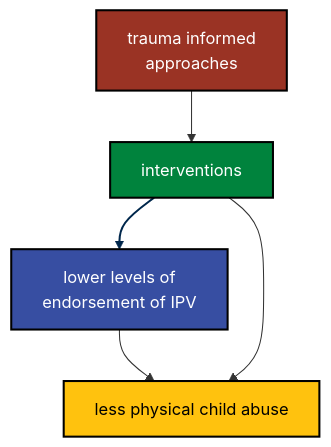
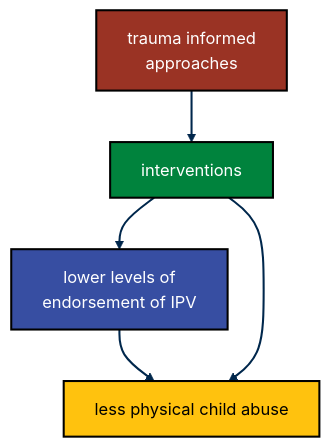
One commit to agrogan1/closeread changed the fourth of 4 diagrams in spillover-of-violence/spillover-of-violence.qmd. Above: the diagram before and after it, drawn with Mermaid. The commit also changed other lines of this file and 1 other file, not shown here.

Commit message:
fixing linkStyles (due to mermaid update?); emoji arrows; back to orthographic globe

````diff
--- a/spillover-of-violence/spillover-of-violence.qmd
+++ b/spillover-of-violence/spillover-of-violence.qmd
@@ -298,26 +302,27 @@
 ```{mermaid}
 flowchart TB
   %% Nodes %%
 
   classDef yellow fill:#FFC20E,stroke:#000000,stroke-width:2px,color:#000000;
   
   classDef blue fill:#374EA2,stroke:#000000,stroke-width:2px,color:#FFFFFF;
   
   classDef green fill:#00833D,stroke:#000000,stroke-width:2px,color:#FFFFFF;
   
   classDef orange fill:#D86018,stroke:#000000,stroke-width:2px,color:#FFFFFF;
   
   classDef red fill:#9A3324,stroke:#000000,stroke-width:2px,color:#FFFFFF;
 
   interventions:::green --> IPV[lower levels of <br>endorsement of IPV]:::blue
   
   IPV --> pabuse[less physical child abuse]:::yellow
   
   interventions --> pabuse
   
   trauma[trauma informed <br>approaches]:::red --> interventions
   
   %% Links %%
-  linkStyle 0 stroke:#00274C,stroke-width:2px,color:E2231A;
+  
+  linkStyle 0,1,2,3 stroke:#00274C,stroke-width:2px,color:E2231A;
 
 ```
````
